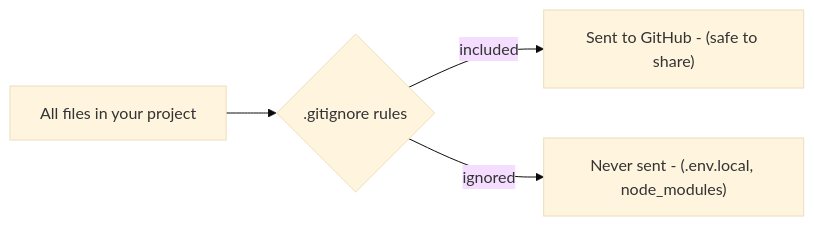
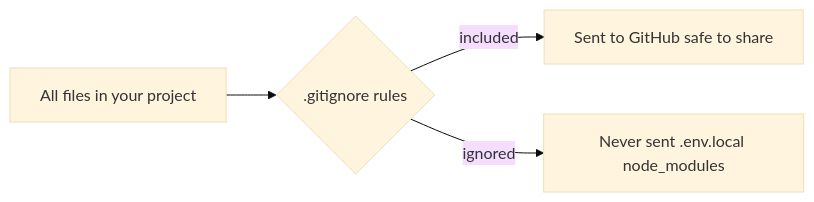
One commit to wongjinar-ai/expample changed the second of 6 diagrams in learning/08-environment-variables.md. Above: the diagram before and after it, drawn with Mermaid (base theme). The commit also changed other lines of this file and 5 other files, not shown here.

````diff
--- a/learning/08-environment-variables.md
+++ b/learning/08-environment-variables.md
@@ -82,8 +82,8 @@
 ```mermaid
 flowchart LR
-    Files["All files in your project"]
-    Gitignore{".gitignore rules"}
+    Files[All files in your project]
+    Gitignore{.gitignore rules}
     Files --> Gitignore
-    Gitignore -->|"included"| GitHub["Sent to GitHub - (safe to share)"]
-    Gitignore -->|"ignored"| Hidden["Never sent - (.env.local, node_modules)"]
+    Gitignore -->|"included"| GitHub[Sent to GitHub safe to share]
+    Gitignore -->|"ignored"| Hidden[Never sent .env.local node_modules]
 ```
````
